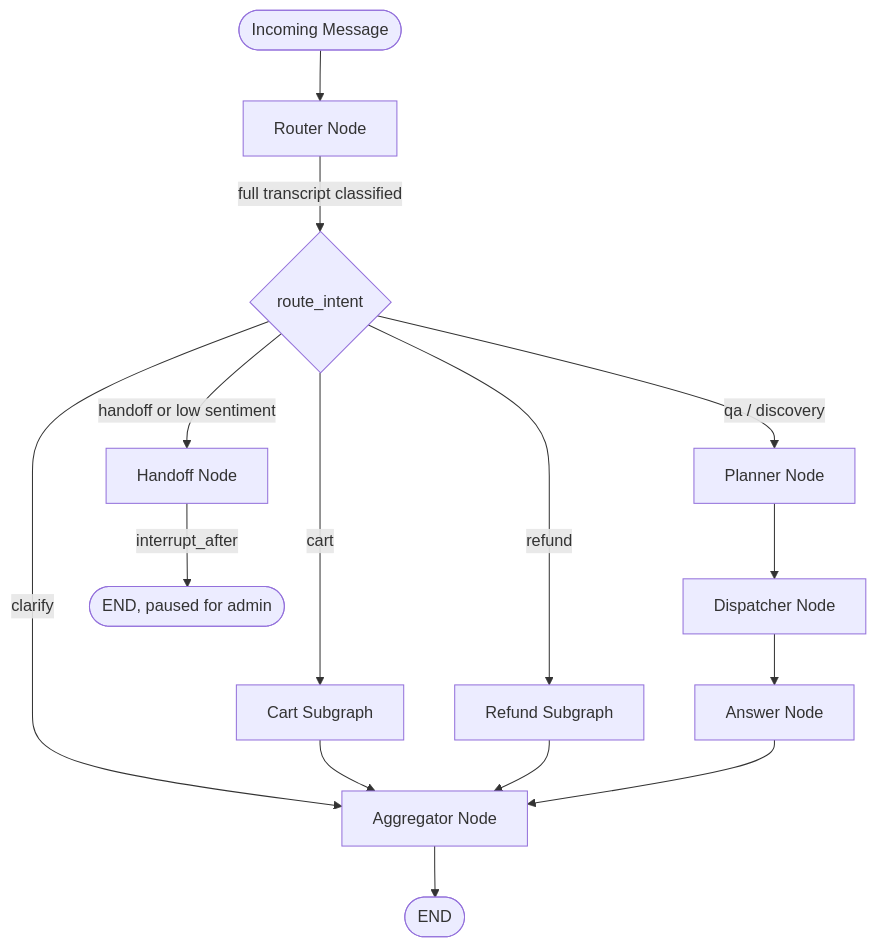
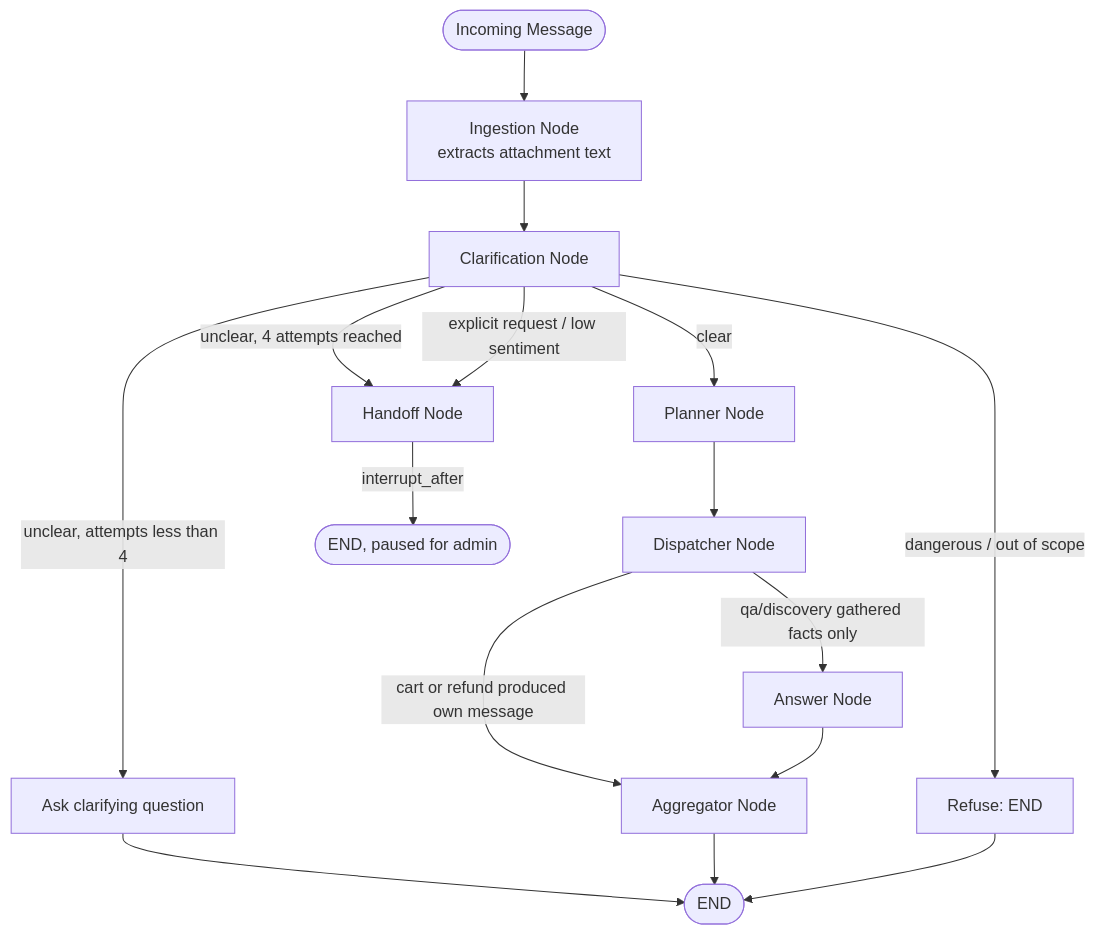
Before and after one commit to nirajp728/quick-commerce-agentic-ai: the second of 7 diagrams in README.md, drawn with Mermaid. The commit also changed other lines of this file, not shown here.

````diff
--- a/README.md
+++ b/README.md
@@ -83,21 +83,21 @@
 ```mermaid
 flowchart TD
-    START([Incoming Message]) --> ROUTER[Router Node]
-    ROUTER -->|full transcript classified| ROUTE{route_intent}
+    START([Incoming Message]) --> INGEST[Ingestion Node<br/>extracts attachment text]
+    INGEST --> CLARIFY[Clarification Node]
 
-    ROUTE -->|cart| CART[Cart Subgraph]
-    ROUTE -->|refund| REFUND[Refund Subgraph]
-    ROUTE -->|qa / discovery| PLANNER[Planner Node]
-    ROUTE -->|handoff or low sentiment| HANDOFF[Handoff Node]
-    ROUTE -->|clarify| AGG
+    CLARIFY -->|clear| PLANNER[Planner Node]
+    CLARIFY -->|unclear, attempts less than 4| ASK[Ask clarifying question]
+    CLARIFY -->|unclear, 4 attempts reached| HANDOFF[Handoff Node]
+    CLARIFY -->|explicit request / low sentiment| HANDOFF
+    CLARIFY -->|dangerous / out of scope| REFUSE[Refuse: END]
 
     PLANNER --> DISPATCH[Dispatcher Node]
-    DISPATCH --> ANSWER[Answer Node]
-
-    CART --> AGG[Aggregator Node]
-    REFUND --> AGG
+    DISPATCH -->|cart or refund produced own message| AGG[Aggregator Node]
+    DISPATCH -->|qa/discovery gathered facts only| ANSWER[Answer Node]
     ANSWER --> AGG
 
-    AGG --> END1([END])
+    ASK --> END1([END])
+    AGG --> END1
     HANDOFF -->|interrupt_after| END2([END, paused for admin])
+    REFUSE --> END1
 ```
````
